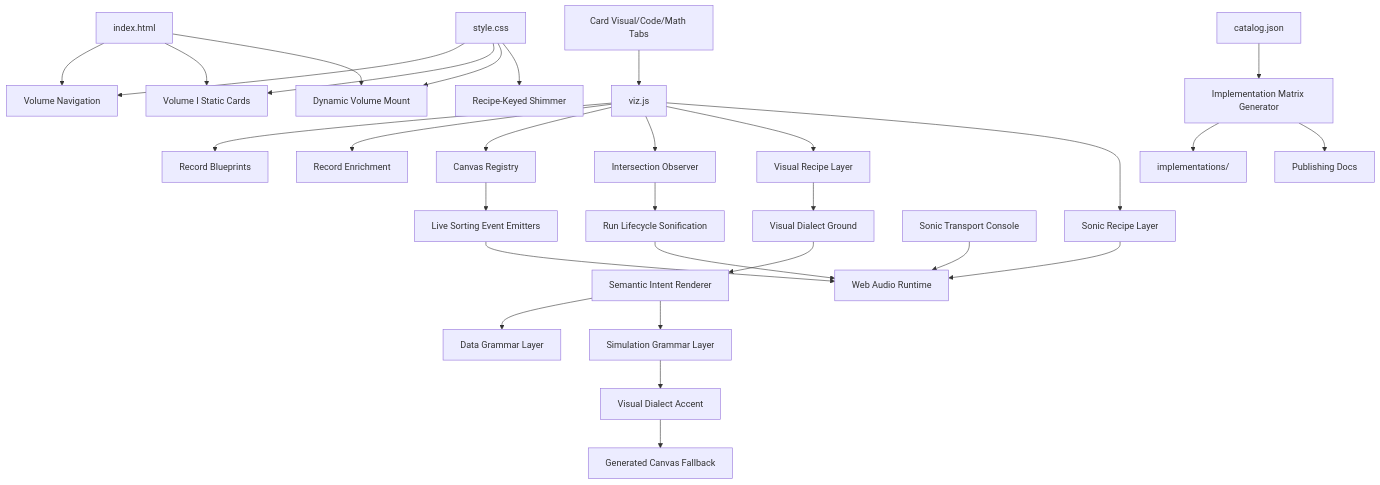
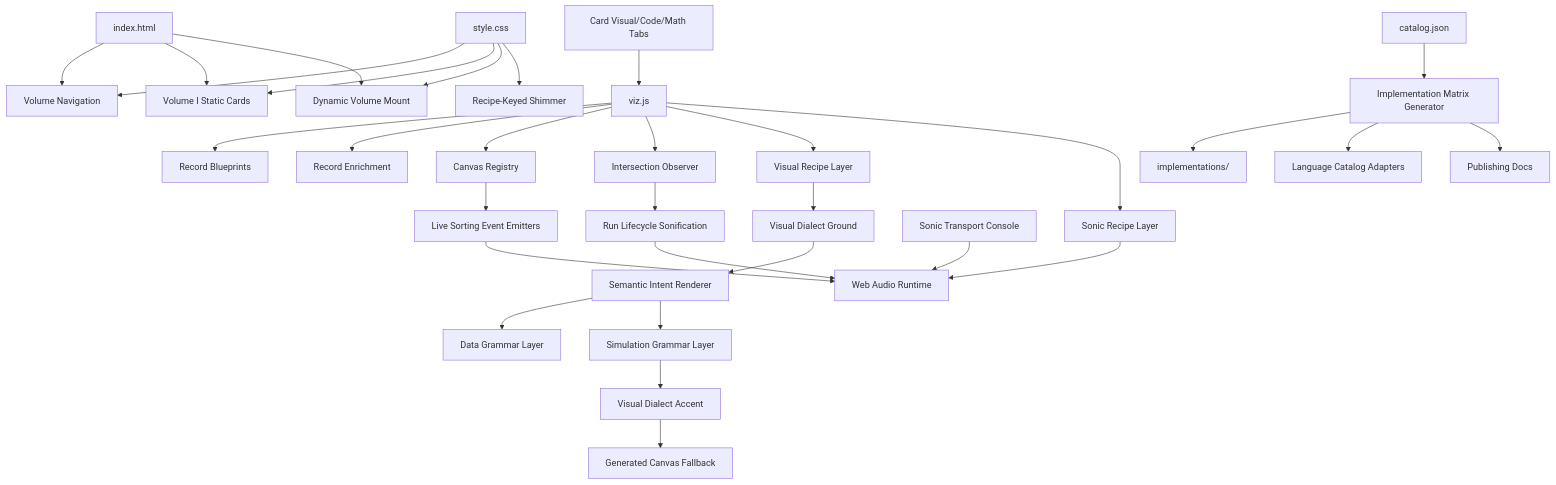
Before and after one commit to 0thernes/grimoire-algorithms-of-the-arcane: the diagram in ARCHITECTURE.md, drawn with Mermaid. The commit also changed other lines of this file and 193 other files, not shown here.

Commit message:
feat: add 50-language catalog adapters and batch generation audits

````diff
--- a/ARCHITECTURE.md
+++ b/ARCHITECTURE.md
@@ -5,32 +5,33 @@
 ```mermaid
 flowchart TD
   A["index.html"] --> B["Volume Navigation"]
   A --> C["Volume I Static Cards"]
   A --> D["Dynamic Volume Mount"]
   E["viz.js"] --> F["Record Blueprints"]
   E --> G["Record Enrichment"]
   E --> H["Canvas Registry"]
   E --> I["Intersection Observer"]
   E --> J["Visual Recipe Layer"]
   J --> P["Visual Dialect Ground"]
   P --> M["Semantic Intent Renderer"]
   M --> N["Data Grammar Layer"]
   M --> O["Simulation Grammar Layer"]
   O --> Q["Visual Dialect Accent"]
   Q --> L["Generated Canvas Fallback"]
   E --> R["Sonic Recipe Layer"]
   R --> S["Web Audio Runtime"]
   I --> V["Run Lifecycle Sonification"]
   V --> S
   W["Sonic Transport Console"] --> S
   X["Card Visual/Code/Math Tabs"] --> E
   H --> U["Live Sorting Event Emitters"]
   U --> S
   Y["catalog.json"] --> Z["Implementation Matrix Generator"]
   Z --> AA["implementations/"]
+  Z --> AC["Language Catalog Adapters"]
   Z --> AB["Publishing Docs"]
   K["style.css"] --> B
   K --> C
   K --> D
   K --> T["Recipe-Keyed Shimmer"]
 ```
````
